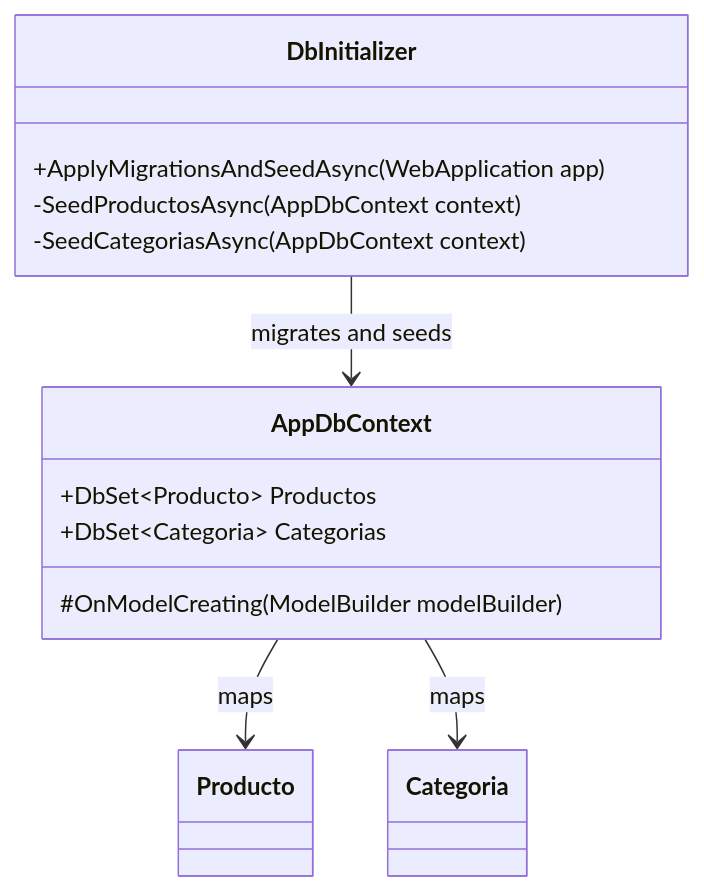
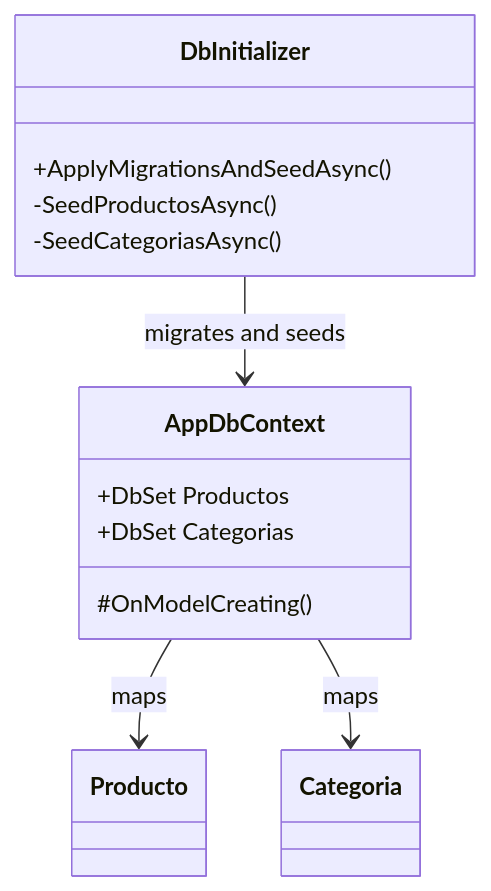
Before and after one commit to jeffersonmejia/app-products: the second of 4 diagrams in docs/ARCHITECTURE.md, drawn with Mermaid. The commit also changed other lines of this file, not shown here.

````diff
--- a/docs/ARCHITECTURE.md
+++ b/docs/ARCHITECTURE.md
@@ -121,21 +121,21 @@
 ```mermaid
 classDiagram
     class AppDbContext {
-        +DbSet~Producto~ Productos
-        +DbSet~Categoria~ Categorias
-        #OnModelCreating(ModelBuilder modelBuilder)
+        +DbSet Productos
+        +DbSet Categorias
+        #OnModelCreating()
     }
 
     class DbInitializer {
-        +ApplyMigrationsAndSeedAsync(WebApplication app)
-        -SeedProductosAsync(AppDbContext context)
-        -SeedCategoriasAsync(AppDbContext context)
+        +ApplyMigrationsAndSeedAsync()
+        -SeedProductosAsync()
+        -SeedCategoriasAsync()
     }
 
     class Producto
     class Categoria
 
     AppDbContext --> Producto : maps
     AppDbContext --> Categoria : maps
     DbInitializer --> AppDbContext : migrates and seeds
 ```
````
